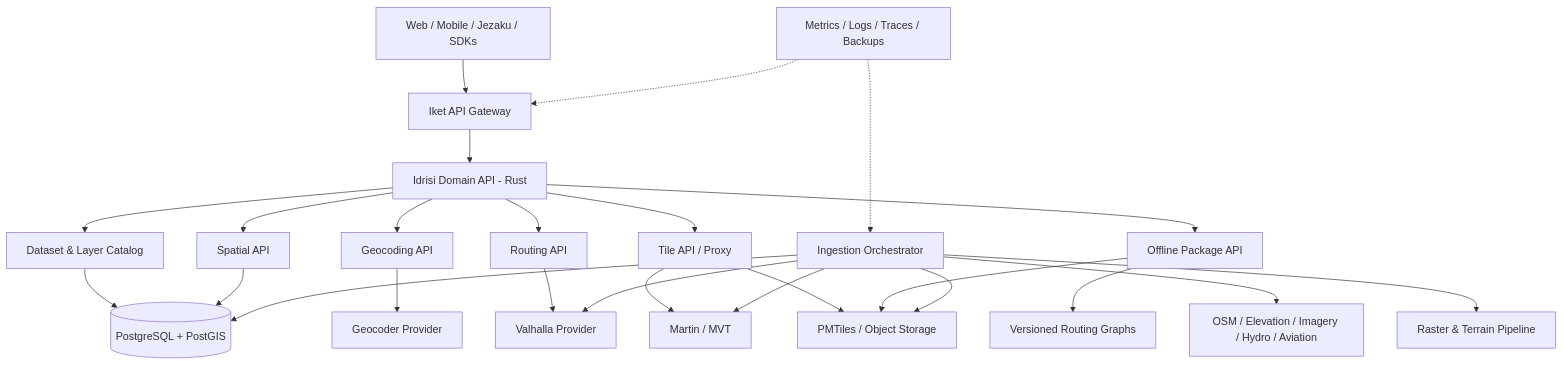
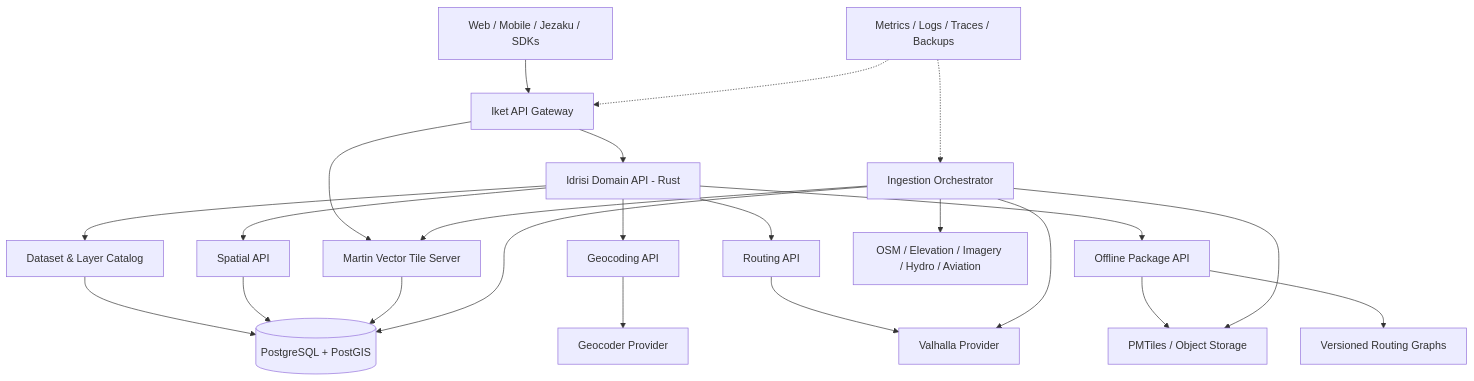
The diagram in docs/architecture/overview.md (andalus-ai/idrisi), drawn with Mermaid before and after one commit. The commit also changed other lines of this file, not shown here.

Commit message:
Document direct Iket to Martin tile path

````diff
--- a/docs/architecture/overview.md
+++ b/docs/architecture/overview.md
@@ -29,30 +29,27 @@
 ```mermaid
 flowchart TB
   Clients[Web / Mobile / Jezaku / SDKs] --> Iket[Iket API Gateway]
   Iket --> API[Idrisi Domain API - Rust]
+  Iket --> Martin[Martin Vector Tile Server]
   API --> Catalog[Dataset & Layer Catalog]
   API --> Spatial[Spatial API]
   API --> Geo[Geocoding API]
   API --> Route[Routing API]
-  API --> Tiles[Tile API / Proxy]
-  API --> Offline[Offline Package API]
-
   Catalog --> PG[(PostgreSQL + PostGIS)]
   Spatial --> PG
   Geo --> Geocoder[Geocoder Provider]
   Route --> Router[Valhalla Provider]
-  Tiles --> Martin[Martin / MVT]
-  Tiles --> PM[PMTiles / Object Storage]
-  Offline --> PM
+  Martin --> PG
+  API --> Offline[Offline Package API]
+  Offline --> PM[PMTiles / Object Storage]
   Offline --> Graphs[Versioned Routing Graphs]
 
   Ingest[Ingestion Orchestrator] --> Sources[OSM / Elevation / Imagery / Hydro / Aviation]
   Ingest --> PG
-  Ingest --> Raster[Raster & Terrain Pipeline]
   Ingest --> Martin
   Ingest --> Router
   Ingest --> PM
 
   Ops[Metrics / Logs / Traces / Backups] -.-> Iket
   Ops -.-> Ingest
 ```
````
